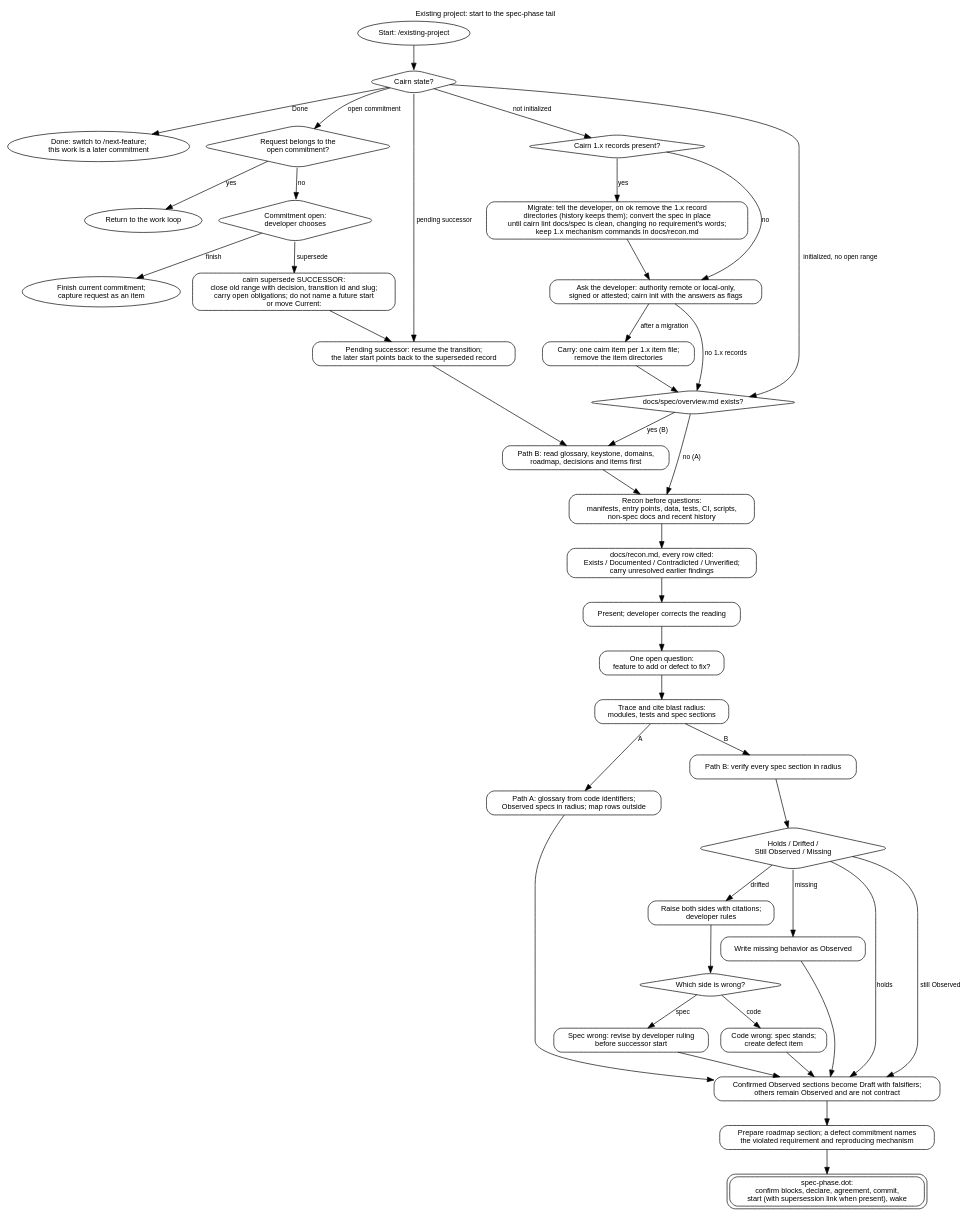
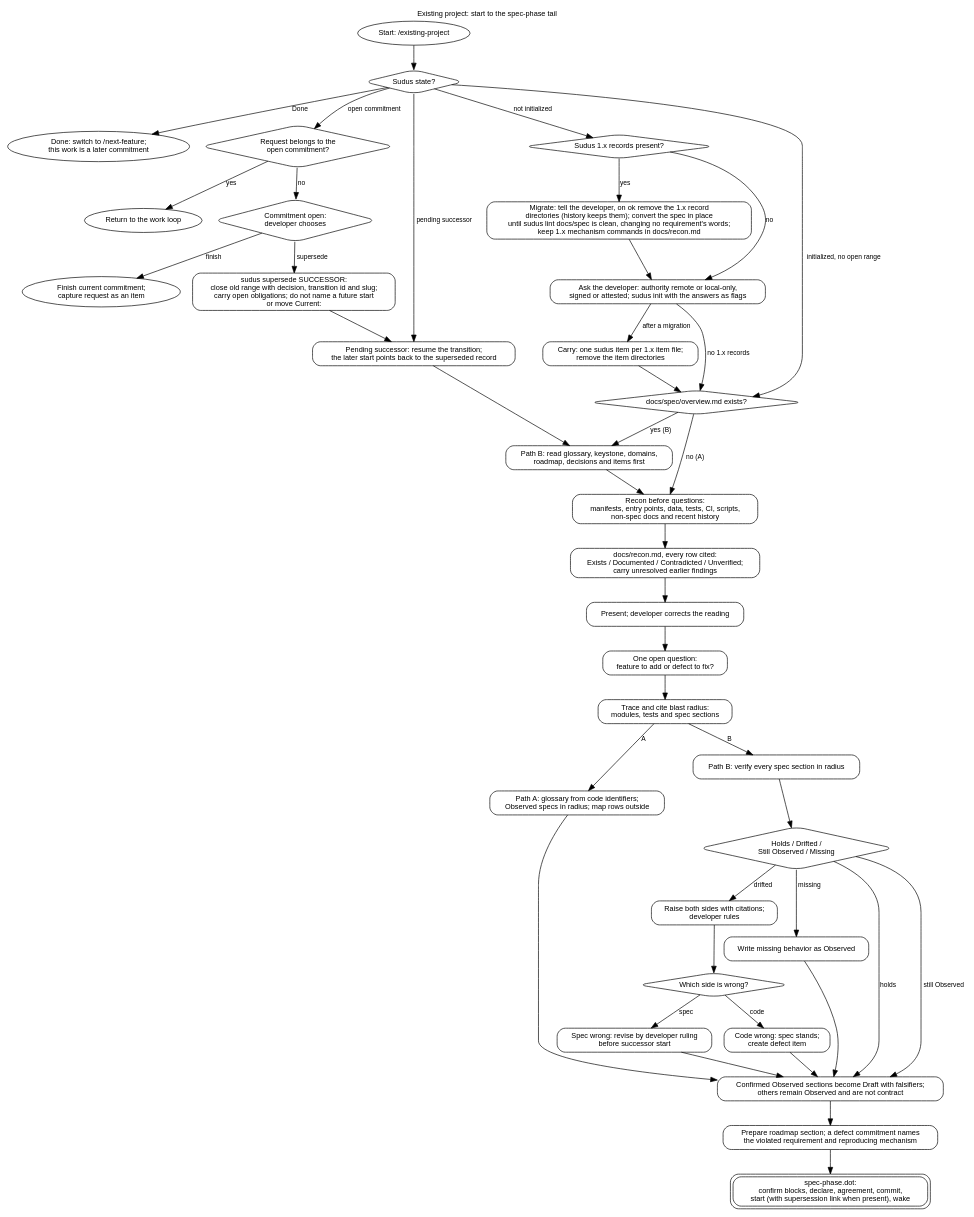
The diagram in docs/diagrams/existing-project.dot (eas4ai/cairn), drawn with Graphviz before and after one commit. The commit also changed 103 other files, not shown here.

First line of the commit message:
Rename Cairn to Sudus across the command, plugins, skills, spec, docs and tests

```diff
--- a/docs/diagrams/existing-project.dot
+++ b/docs/diagrams/existing-project.dot
@@ -1,75 +1,75 @@
 // Existing project: initialize or resume, reconcile the spec, then enter the shared tail.
 digraph existing_project {
   rankdir=TB;
   graph [fontname="Helvetica", fontsize=11, labelloc=t, label="Existing project: start to the spec-phase tail"];
   node  [shape=box, style=rounded, fontname="Helvetica", fontsize=11];
   edge  [fontname="Helvetica", fontsize=10];
 
   start [shape=oval, label="Start: /existing-project"];
-  state [shape=diamond, label="Cairn state?"];
+  state [shape=diamond, label="Sudus state?"];
   tonext [shape=oval, label="Done: switch to /next-feature;\nthis work is a later commitment"];
   fits [shape=diamond, label="Request belongs to the\nopen commitment?"];
   continue [shape=oval, label="Return to the work loop"];
   midway [shape=diamond, label="Commitment open:\ndeveloper chooses"];
   finish [shape=oval, label="Finish current commitment;\ncapture request as an item"];
-  supersede [label="cairn supersede SUCCESSOR:\nclose old range with decision, transition id and slug;\ncarry open obligations; do not name a future start\nor move Current:"];
+  supersede [label="sudus supersede SUCCESSOR:\nclose old range with decision, transition id and slug;\ncarry open obligations; do not name a future start\nor move Current:"];
   pending [label="Pending successor: resume the transition;\nthe later start points back to the superseded record"];
-  legacy [shape=diamond, label="Cairn 1.x records present?"];
-  migrate [label="Migrate: tell the developer, on ok remove the 1.x record\ndirectories (history keeps them); convert the spec in place\nuntil cairn lint docs/spec is clean, changing no requirement's words;\nkeep 1.x mechanism commands in docs/recon.md"];
-  init [label="Ask the developer: authority remote or local-only,\nsigned or attested; cairn init with the answers as flags"];
-  carry [label="Carry: one cairn item per 1.x item file;\nremove the item directories"];
+  legacy [shape=diamond, label="Sudus 1.x records present?"];
+  migrate [label="Migrate: tell the developer, on ok remove the 1.x record\ndirectories (history keeps them); convert the spec in place\nuntil sudus lint docs/spec is clean, changing no requirement's words;\nkeep 1.x mechanism commands in docs/recon.md"];
+  init [label="Ask the developer: authority remote or local-only,\nsigned or attested; sudus init with the answers as flags"];
+  carry [label="Carry: one sudus item per 1.x item file;\nremove the item directories"];
   hasspec [shape=diamond, label="docs/spec/overview.md exists?"];
   readspec [label="Path B: read glossary, keystone, domains,\nroadmap, decisions and items first"];
   recon [label="Recon before questions:\nmanifests, entry points, data, tests, CI, scripts,\nnon-spec docs and recent history"];
   report [label="docs/recon.md, every row cited:\nExists / Documented / Contradicted / Unverified;\ncarry unresolved earlier findings"];
   corrects [label="Present; developer corrects the reading"];
   ask [label="One open question:\nfeature to add or defect to fix?"];
   radius [label="Trace and cite blast radius:\nmodules, tests and spec sections"];
   pathA [label="Path A: glossary from code identifiers;\nObserved specs in radius; map rows outside"];
   pathB [label="Path B: verify every spec section in radius"];
   verdict [shape=diamond, label="Holds / Drifted /\nStill Observed / Missing"];
   drift [label="Raise both sides with citations;\ndeveloper rules"];
   rule [shape=diamond, label="Which side is wrong?"];
   specwrong [label="Spec wrong: revise by developer ruling\nbefore successor start"];
   codewrong [label="Code wrong: spec stands;\ncreate defect item"];
   missing [label="Write missing behavior as Observed"];
   confirm [label="Confirmed Observed sections become Draft with falsifiers;\nothers remain Observed and are not contract"];
   roadmap [label="Prepare roadmap section; a defect commitment names\nthe violated requirement and reproducing mechanism"];
   tail [shape=box, peripheries=2, label="spec-phase.dot:\nconfirm blocks, declare, agreement, commit,\nstart (with supersession link when present), wake"];
 
   start -> state;
   state -> tonext [label="Done"];
   state -> fits [label="open commitment"];
   state -> pending [label="pending successor"];
   state -> legacy [label="not initialized"];
   legacy -> migrate [label="yes"];
   legacy -> init [label="no"];
   migrate -> init;
   init -> carry [label="after a migration"];
   carry -> hasspec;
   state -> hasspec [label="initialized, no open range"];
   fits -> continue [label="yes"];
   fits -> midway [label="no"];
   midway -> finish [label="finish"];
   midway -> supersede [label="supersede"];
   supersede -> pending;
   pending -> readspec;
   init -> hasspec [label="no 1.x records"];
   hasspec -> readspec [label="yes (B)"];
   hasspec -> recon [label="no (A)"];
   readspec -> recon;
   recon -> report -> corrects -> ask -> radius;
   radius -> pathA [label="A"];
   radius -> pathB [label="B"];
   pathB -> verdict;
   verdict -> confirm [label="holds"];
   verdict -> drift [label="drifted"];
   verdict -> confirm [label="still Observed"];
   verdict -> missing [label="missing"];
   drift -> rule;
   rule -> specwrong [label="spec"];
   rule -> codewrong [label="code"];
   specwrong -> confirm; codewrong -> confirm; missing -> confirm;
   pathA -> confirm;
   confirm -> roadmap -> tail;
 }
```
